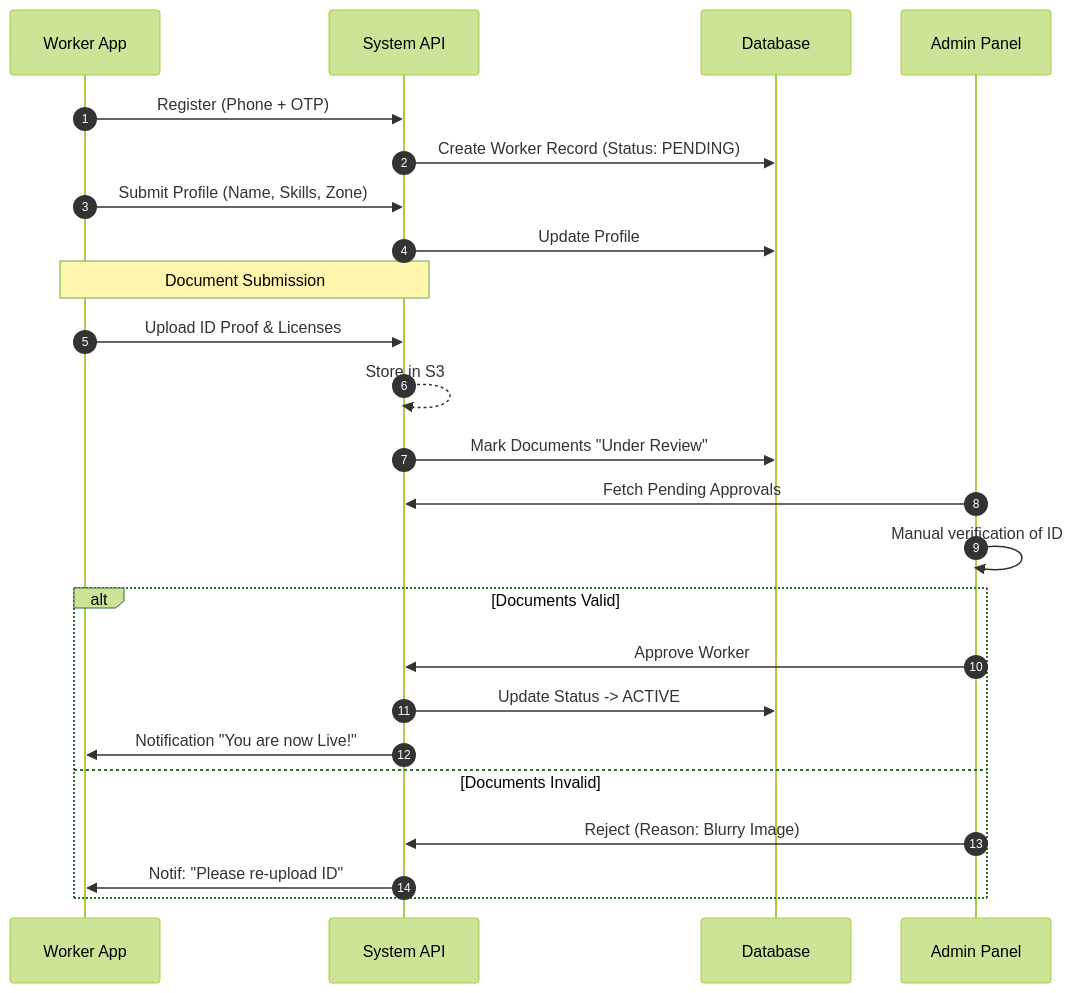
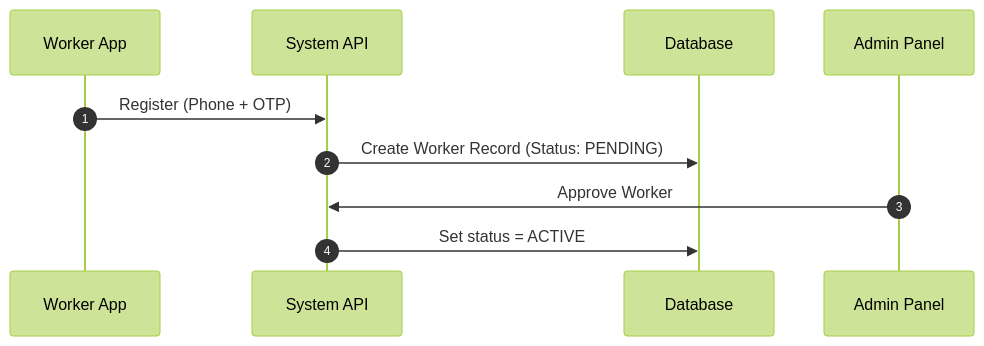
Before and after one commit to Somilg11/oddigo-v2: the third of 5 diagrams in docs_detailed_flows/detailed/COMBINED_FLOWS.md, drawn with Mermaid (forest theme). The commit also changed other lines of this file and 4 other files, not shown here.

````diff
--- a/docs_detailed_flows/detailed/COMBINED_FLOWS.md
+++ b/docs_detailed_flows/detailed/COMBINED_FLOWS.md
@@ -108,31 +75,13 @@
 ```mermaid
 sequenceDiagram
     autonumber
     participant W as Worker App
     participant S as System API
     participant DB as Database
     participant Admin as Admin Panel
 
     W->>S: Register (Phone + OTP)
     S->>DB: Create Worker Record (Status: PENDING)
-    
-    W->>S: Submit Profile (Name, Skills, Zone)
-    S->>DB: Update Profile
-    
-    Note over W, S: Document Submission
-    W->>S: Upload ID Proof & Licenses
-    S-->>S: Store in S3
-    S->>DB: Mark Documents "Under Review"
-    
-    Admin->>S: Fetch Pending Approvals
-    Admin->>Admin: Manual verification of ID
-    
-    alt Documents Valid
-        Admin->>S: Approve Worker
-        S->>DB: Update Status -> ACTIVE
-        S->>W: Notification "You are now Live!"
-    else Documents Invalid
-        Admin->>S: Reject (Reason: Blurry Image)
-        S->>W: Notif: "Please re-upload ID"
-    end
+    Admin->>S: Approve Worker
+    S->>DB: Set status = ACTIVE
 ```
````
